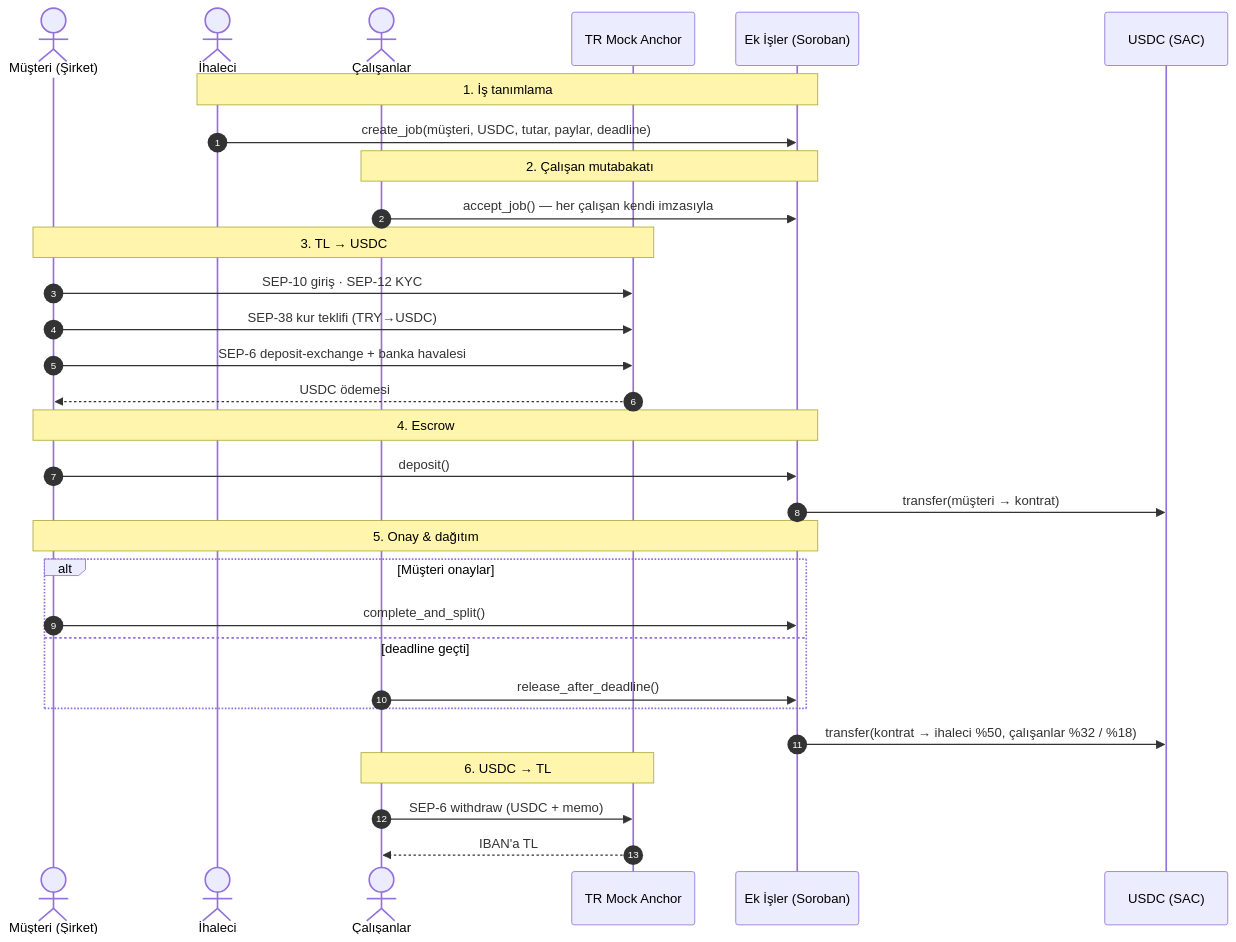
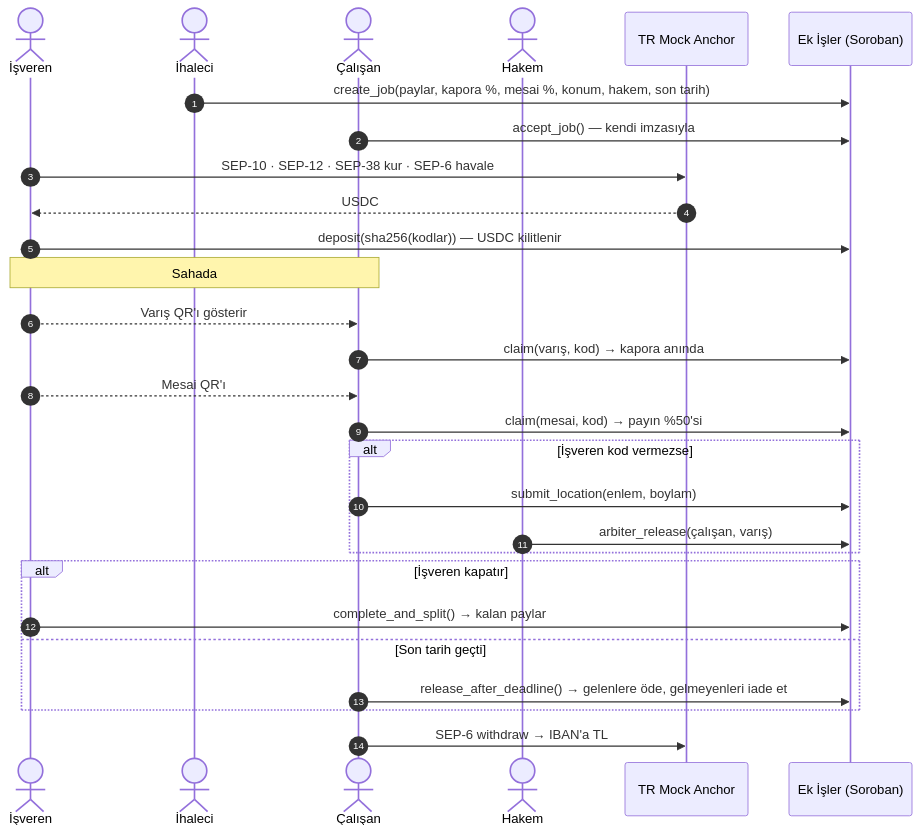
Before and after one commit to altunbaymirac/Ek-isler-stellar-hackathon: the first of 2 diagrams in README.md, drawn with Mermaid. The commit also changed other lines of this file and 13 other files, not shown here.

Commit message:
Saha güveni: QR ile kapora/mesai/bitiş dilimleri, konum kanıtı, hakem paneli; README güncellendi

````diff
--- a/README.md
+++ b/README.md
@@ -42,38 +50,34 @@
 ```mermaid
 sequenceDiagram
     autonumber
-    actor C as Müşteri (Şirket)
+    actor C as İşveren
     actor K as İhaleci
-    actor W as Çalışanlar
+    actor W as Çalışan
+    actor H as Hakem
     participant A as TR Mock Anchor
     participant SC as Ek İşler (Soroban)
-    participant T as USDC (SAC)
 
-    Note over K,SC: 1. İş tanımlama
-    K->>SC: create_job(müşteri, USDC, tutar, paylar, deadline)
+    K->>SC: create_job(paylar, kapora %, mesai %, konum, hakem, son tarih)
+    W->>SC: accept_job() — kendi imzasıyla
+    C->>A: SEP-10 · SEP-12 · SEP-38 kur · SEP-6 havale
+    A-->>C: USDC
+    C->>SC: deposit(sha256(kodlar)) — USDC kilitlenir
 
-    Note over W,SC: 2. Çalışan mutabakatı
-    W->>SC: accept_job() — her çalışan kendi imzasıyla
+    Note over C,W: Sahada
+    C-->>W: Varış QR'ı gösterir
+    W->>SC: claim(varış, kod) → kapora anında
+    C-->>W: Mesai QR'ı
+    W->>SC: claim(mesai, kod) → payın %50'si
 
-    Note over C,A: 3. TL → USDC
-    C->>A: SEP-10 giriş · SEP-12 KYC
-    C->>A: SEP-38 kur teklifi (TRY→USDC)
-    C->>A: SEP-6 deposit-exchange + banka havalesi
-    A-->>C: USDC ödemesi
+    alt İşveren kod vermezse
+        W->>SC: submit_location(enlem, boylam)
+        H->>SC: arbiter_release(çalışan, varış)
+    end
 
-    Note over C,SC: 4. Escrow
-    C->>SC: deposit()
-    SC->>T: transfer(müşteri → kontrat)
-
-    Note over C,SC: 5. Onay & dağıtım
-    alt Müşteri onaylar
-        C->>SC: complete_and_split()
-    else deadline geçti
-        W->>SC: release_after_deadline()
+    alt İşveren kapatır
+        C->>SC: complete_and_split() → kalan paylar
+    else Son tarih geçti
+        W->>SC: release_after_deadline() → gelenlere öde, gelmeyenleri iade et
     end
-    SC->>T: transfer(kontrat → ihaleci %50, çalışanlar %32 / %18)
-
-    Note over W,A: 6. USDC → TL
-    W->>A: SEP-6 withdraw (USDC + memo)
-    A-->>W: IBAN'a TL
+    W->>A: SEP-6 withdraw → IBAN'a TL
 ```
````
